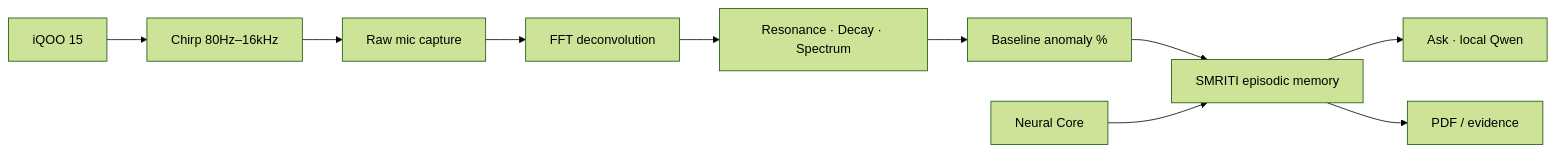
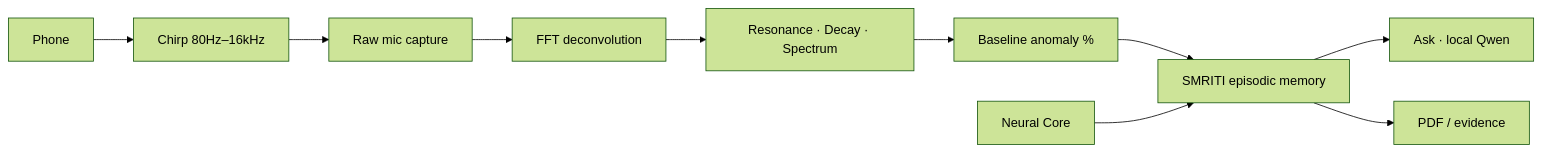
One commit to Punyamittal/AquaScope changed the fifth of 5 diagrams in README.md. Above: the diagram before and after it, drawn with Mermaid (forest theme). The commit also changed other lines of this file, not shown here.

````diff
--- a/README.md
+++ b/README.md
@@ -233,12 +232,12 @@
 ```mermaid
 flowchart LR
-  Phone[iQOO 15] --> Chirp[Chirp 80Hz–16kHz]
+  Phone--> Chirp[Chirp 80Hz–16kHz]
   Chirp --> Mic[Raw mic capture]
   Mic --> DSP[FFT deconvolution]
   DSP --> Feat[Resonance · Decay · Spectrum]
   Feat --> Score[Baseline anomaly %]
   Score --> Mem[SMRITI episodic memory]
   Mem --> Ask[Ask · local Qwen]
   Mem --> Report[PDF / evidence]
   NC[Neural Core] --> Mem
 ```
````
